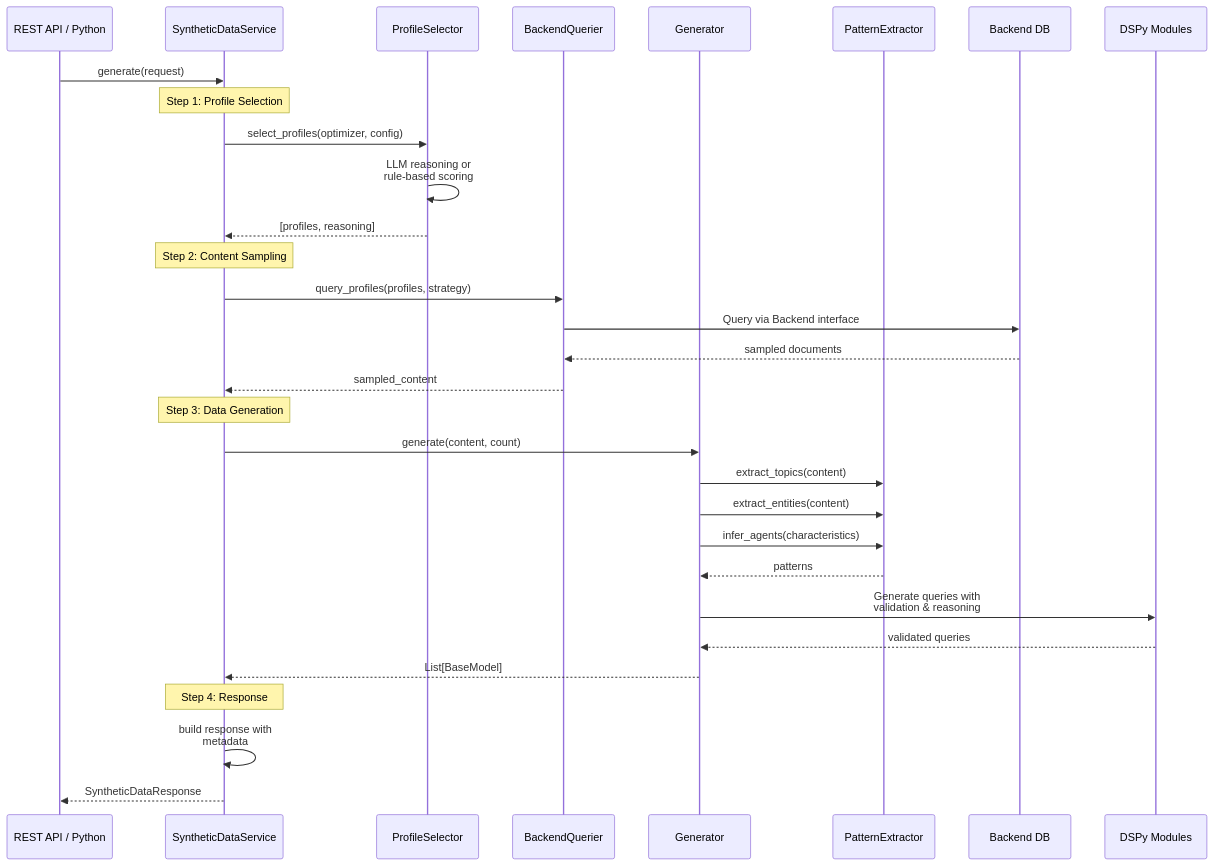
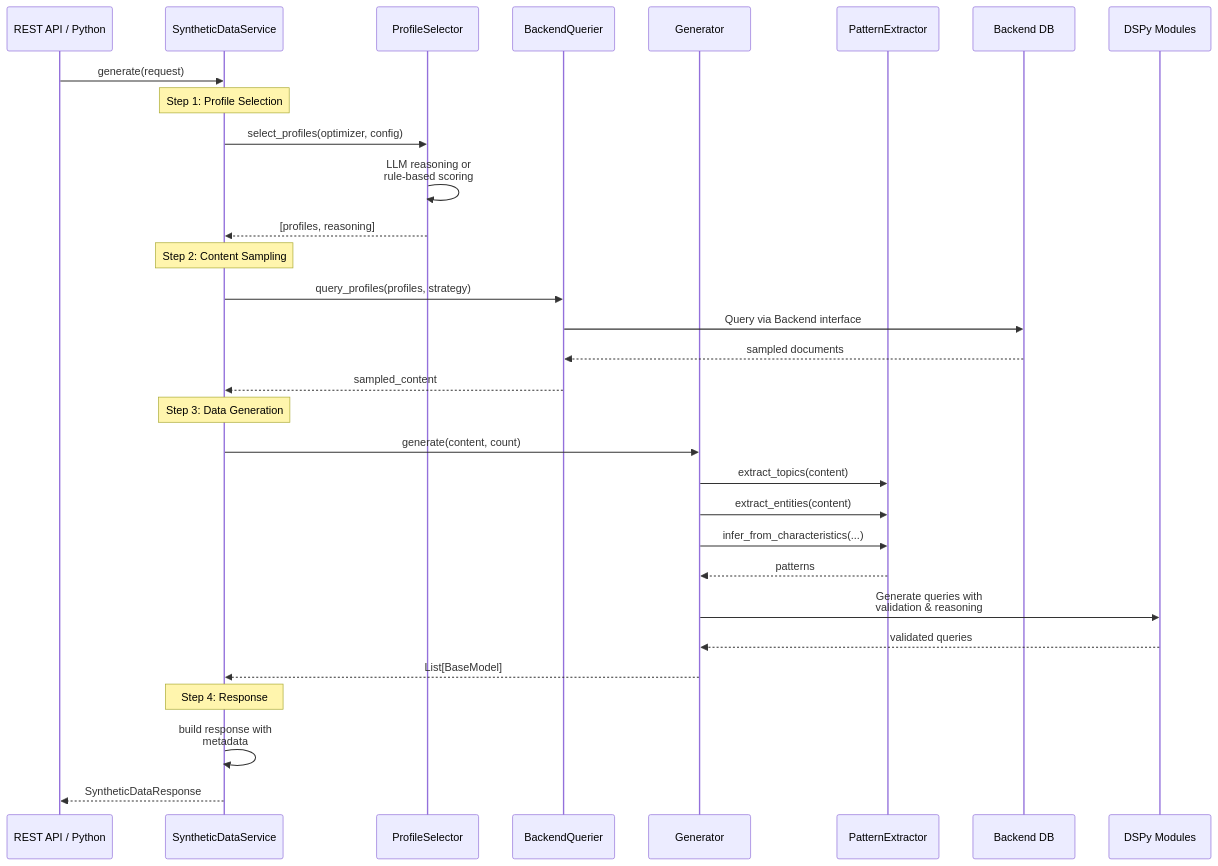
The second of 2 diagrams in docs/synthetic-data-generation.md (amit-jain/cogniverse), drawn with Mermaid before and after one commit. The commit also changed other lines of this file and 83 other files, not shown here.

First line of the commit message:
Fix documentation veracity, formatting, and diagrams across all modules

````diff
--- a/docs/synthetic-data-generation.md
+++ b/docs/synthetic-data-generation.md
@@ -75,38 +87,38 @@
 ```mermaid
 sequenceDiagram
     participant API as REST API / Python
     participant Service as SyntheticDataService
     participant PS as ProfileSelector
     participant BQ as BackendQuerier
     participant Gen as Generator
     participant Utils as PatternExtractor
     participant Backend as Backend DB
     participant DSPy as DSPy Modules
 
     API->>Service: generate(request)
 
     Note over Service: Step 1: Profile Selection
     Service->>PS: select_profiles(optimizer, config)
     PS->>PS: LLM reasoning or<br/>rule-based scoring
     PS-->>Service: [profiles, reasoning]
 
     Note over Service: Step 2: Content Sampling
     Service->>BQ: query_profiles(profiles, strategy)
     BQ->>Backend: Query via Backend interface
     Backend-->>BQ: sampled documents
     BQ-->>Service: sampled_content
 
     Note over Service: Step 3: Data Generation
     Service->>Gen: generate(content, count)
     Gen->>Utils: extract_topics(content)
     Gen->>Utils: extract_entities(content)
-    Gen->>Utils: infer_agents(characteristics)
+    Gen->>Utils: infer_from_characteristics(...)
     Utils-->>Gen: patterns
     Gen->>DSPy: Generate queries with<br/>validation & reasoning
     DSPy-->>Gen: validated queries
     Gen-->>Service: List[BaseModel]
 
     Note over Service: Step 4: Response
     Service->>Service: build response with<br/>metadata
     Service-->>API: SyntheticDataResponse
 ```
````
